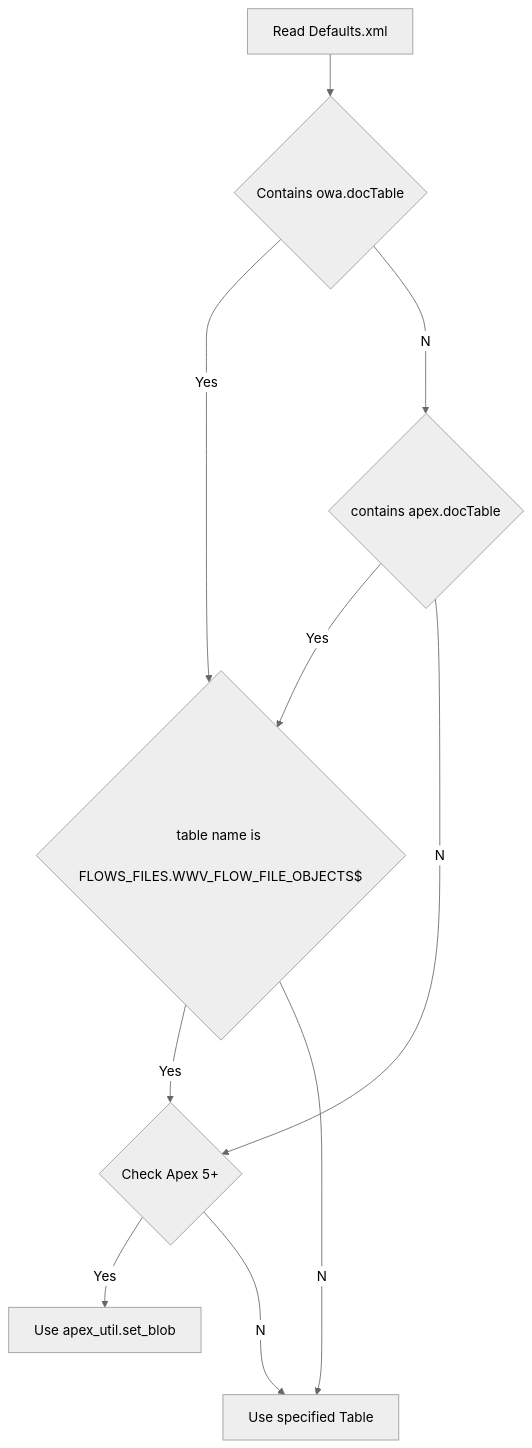
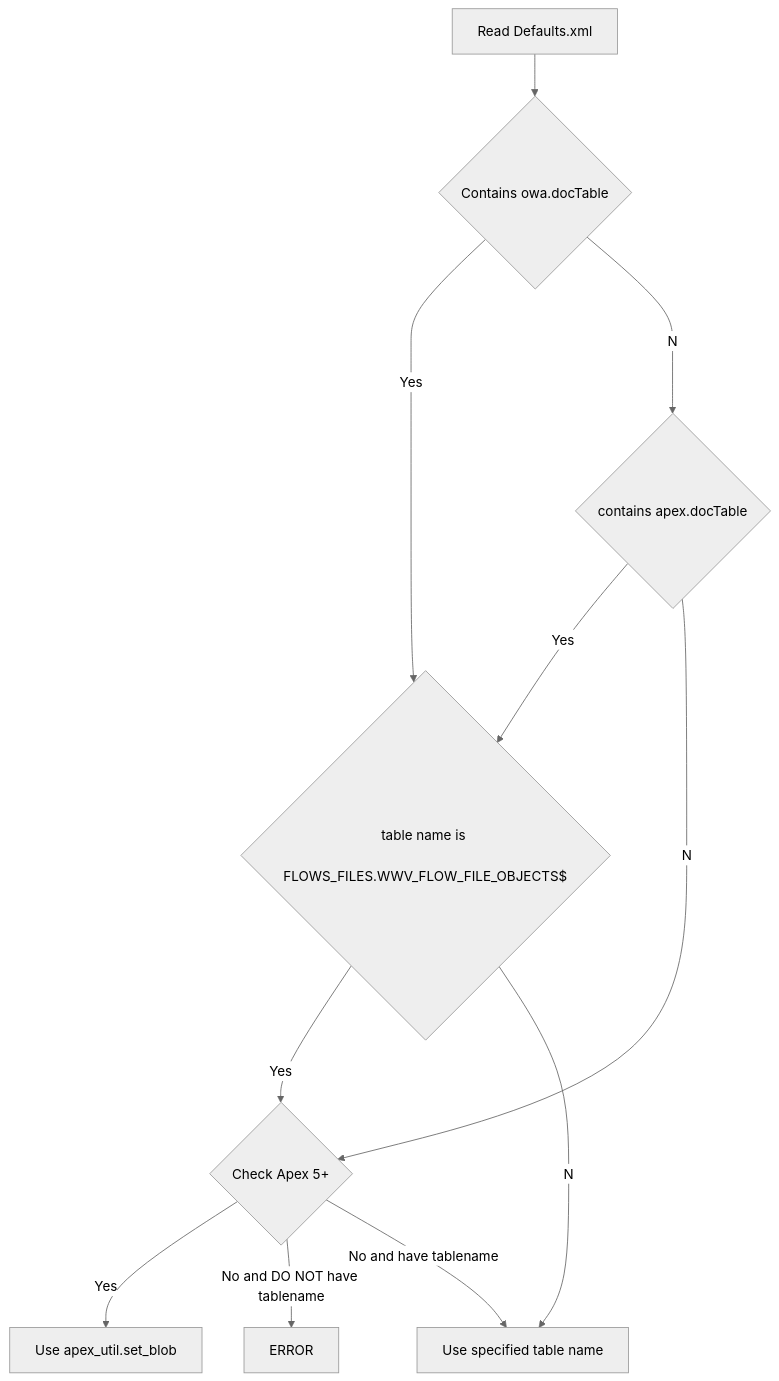
The diagram in _posts/2018-10-05-ords-183-owa-fileupload.md (robertchalton/robertchalton.github.io), drawn with Mermaid (neutral theme) before and after one commit. The commit also changed other lines of this file and 1 other file, not shown here.

Commit message:
mermaid via jekyll is not supported

```diff
--- a/_posts/2018-10-05-ords-183-owa-fileupload.md
+++ b/_posts/2018-10-05-ords-183-owa-fileupload.md
@@ -29,12 +30,13 @@
-{% mermaid %}
+  <div class="mermaid">
   graph TD
     A[ Read Defaults.xml ]-->B{ Contains owa.docTable };
     B--Yes-->D{ table name is <br/> FLOWS_FILES.WWV_FLOW_FILE_OBJECTS$ }
     B--No-->C;
     C{ contains apex.docTable }--Yes-->D;
     C--No-->E{ Check Apex 5+ };
     D--Yes-->E;
+    D--No-->G;
     E--Yes-->F[ Use apex_util.set_blob ]
-    D--No-->G[ Use specified Table];
-    E--No-->G;
-{% endmermaid %}
+    E--No and DO NOT have tablename-->H[ ERROR ];
+    E--No and have tablename-->G[ Use specified table name ];
+  </div>
```
